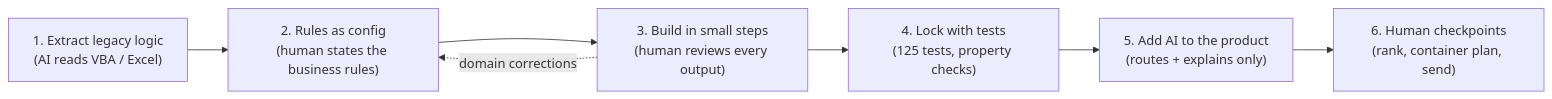
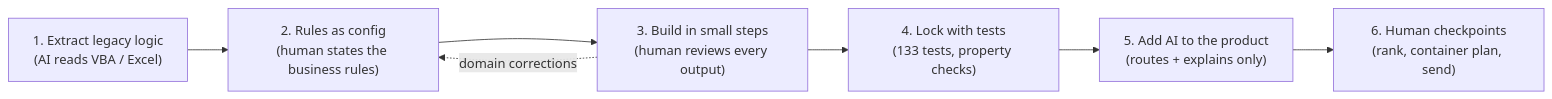
The diagram in docs/AI_WORKFLOW.md (mertkayilioglu-afk/supply-remix), drawn with Mermaid before and after one commit. The commit also changed other lines of this file and 5 other files, not shown here.

````diff
--- a/docs/AI_WORKFLOW.md
+++ b/docs/AI_WORKFLOW.md
@@ -13,9 +13,9 @@
 ```mermaid
 flowchart LR
     A["1. Extract legacy logic<br/>(AI reads VBA / Excel)"] --> B["2. Rules as config<br/>(human states the business rules)"]
     B --> C["3. Build in small steps<br/>(human reviews every output)"]
-    C --> D["4. Lock with tests<br/>(125 tests, property checks)"]
+    C --> D["4. Lock with tests<br/>(133 tests, property checks)"]
     D --> E["5. Add AI to the product<br/>(routes + explains only)"]
     E --> F["6. Human checkpoints<br/>(rank, container plan, send)"]
     C -. "domain corrections" .-> B
 ```
````
